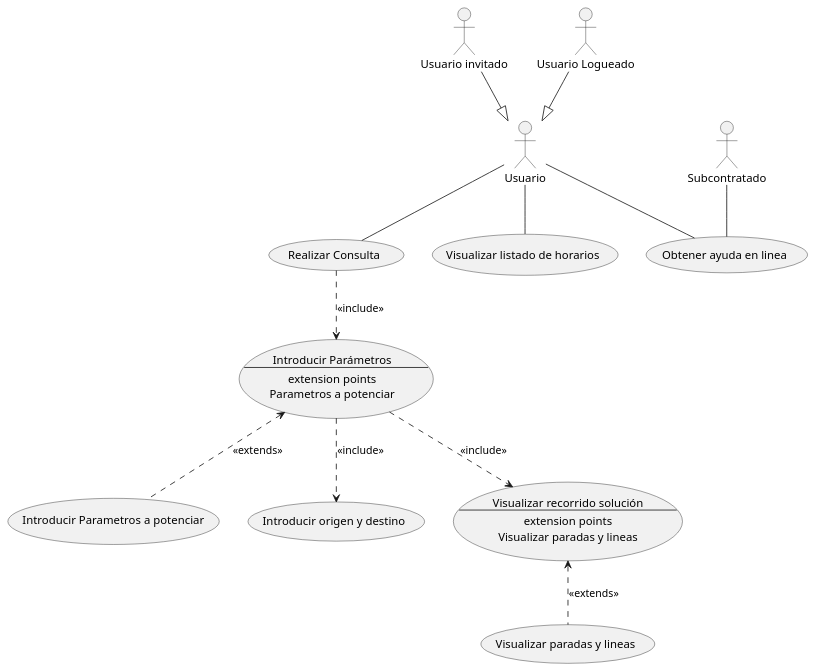
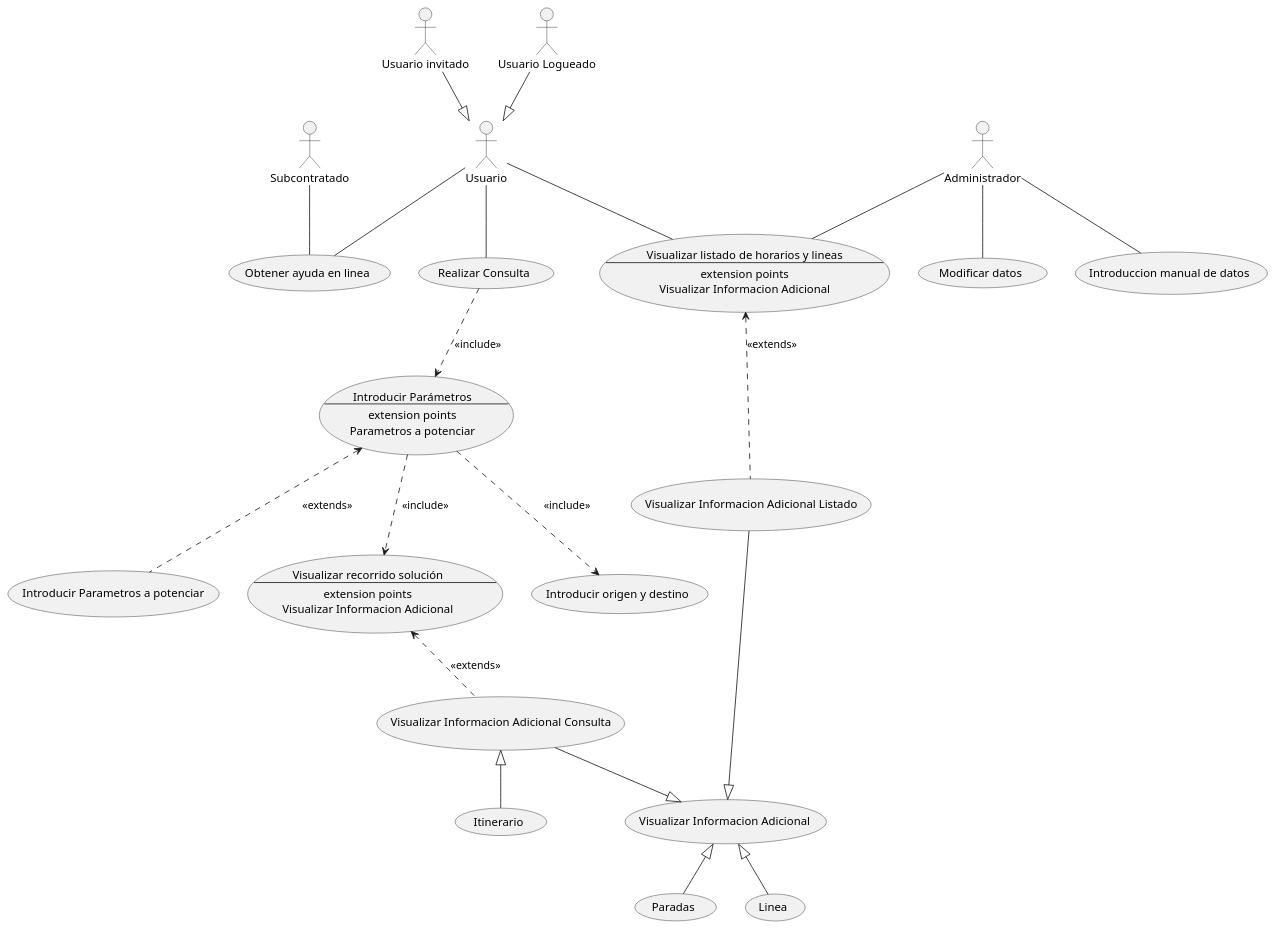
One commit to cgg734/INRE-UAL-MORADO-2022-2023 changed the diagram in Proyecto/source/SIIT.puml. Above: the diagram before and after it, drawn with PlantUML.

Commit message:
Diagrama terminado?

```diff
--- a/Proyecto/source/SIIT.puml
+++ b/Proyecto/source/SIIT.puml
@@ -1,45 +1,72 @@
 @startuml SIIT
 actor UI as "Usuario invitado"
 actor UL as "Usuario Logueado"
 actor Usuario
 actor Subcontratado
+actor Administrador
+
+
+usecase (Modificar) as "Modificar datos"
+usecase (Introducir) as "Introduccion manual de datos"
+
+
+
 
 UI--|>Usuario
 UL--|>Usuario
 
 usecase (Ayuda) as  "Obtener ayuda en linea"
 usecase (Consulta) as "Realizar Consulta"
-usecase (Horarios) as "Visualizar listado de horarios"
+usecase Horarios as "Visualizar listado de horarios y lineas
+--
+extension points
+Visualizar Informacion Adicional"
 usecase (Potenciar) as "Introducir Parametros a potenciar"
 usecase (Origen) as "Introducir origen y destino"
+
+
+Administrador--Modificar
+Administrador--Introducir
+Administrador--Horarios
 
 
 usecase Parametros as "Introducir Parámetros
 --
 extension points
 Parametros a potenciar
 "
 
 Usuario--Horarios
 Usuario--Consulta
 Usuario--Ayuda
 Subcontratado--Ayuda
 
 (Consulta)..>(Parametros) : <<include>> 
 (Parametros)..>(Origen) : <<include>> 
 (Parametros)<..(Potenciar) : <<extends>>
 
 
+
 usecase Solucion as "Visualizar recorrido solución
 --
 extension points
-Visualizar paradas y lineas"
-usecase (MostrarInfoExtra) as "Visualizar paradas y lineas"
+Visualizar Informacion Adicional"
+
+usecase (MostrarInfoList) as "Visualizar Informacion Adicional Listado"
+usecase (MostrarInfoConsulta) as "Visualizar Informacion Adicional Consulta"
+usecase (MostrarInfo) as "Visualizar Informacion Adicional"
 
 
 (Parametros)..>(Solucion) : <<include>> 
-(Solucion)<..(MostrarInfoExtra) : <<extends>>
+(Solucion)<..(MostrarInfoConsulta) : <<extends>>
+(Horarios)<..(MostrarInfoList) : <<extends>>
 
+(MostrarInfoList)--|>(MostrarInfo)
+(MostrarInfoConsulta)--|>(MostrarInfo)
+
+(MostrarInfo)<|--(Paradas)
+(MostrarInfo)<|--(Linea)
+(MostrarInfoConsulta)<|--(Itinerario)
 
 
 @enduml
```
